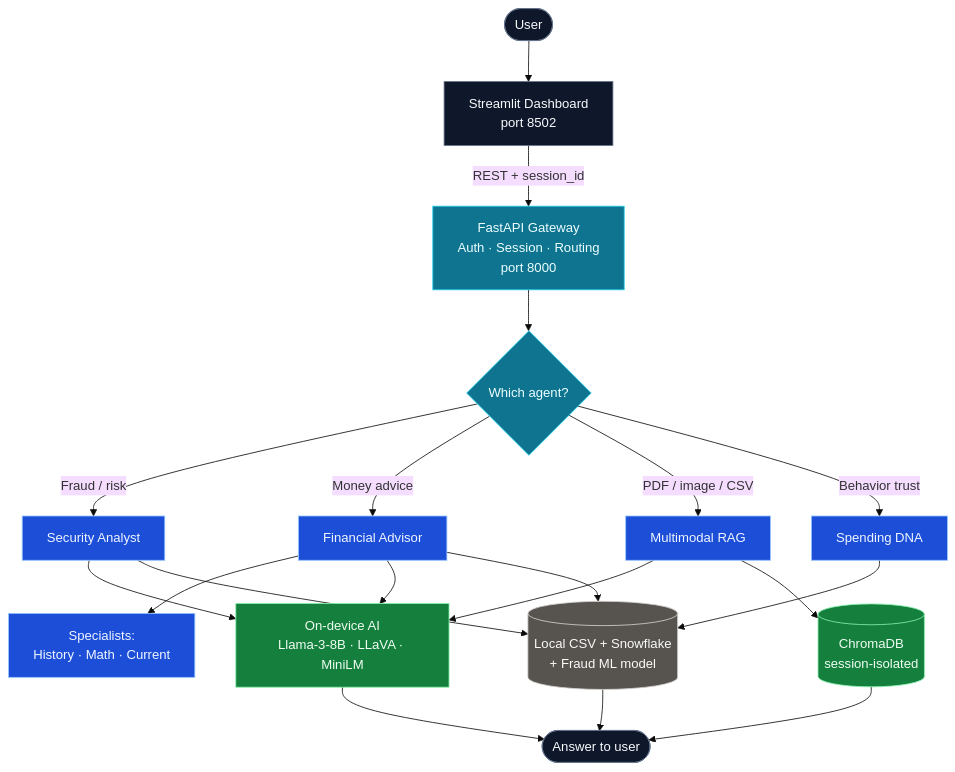
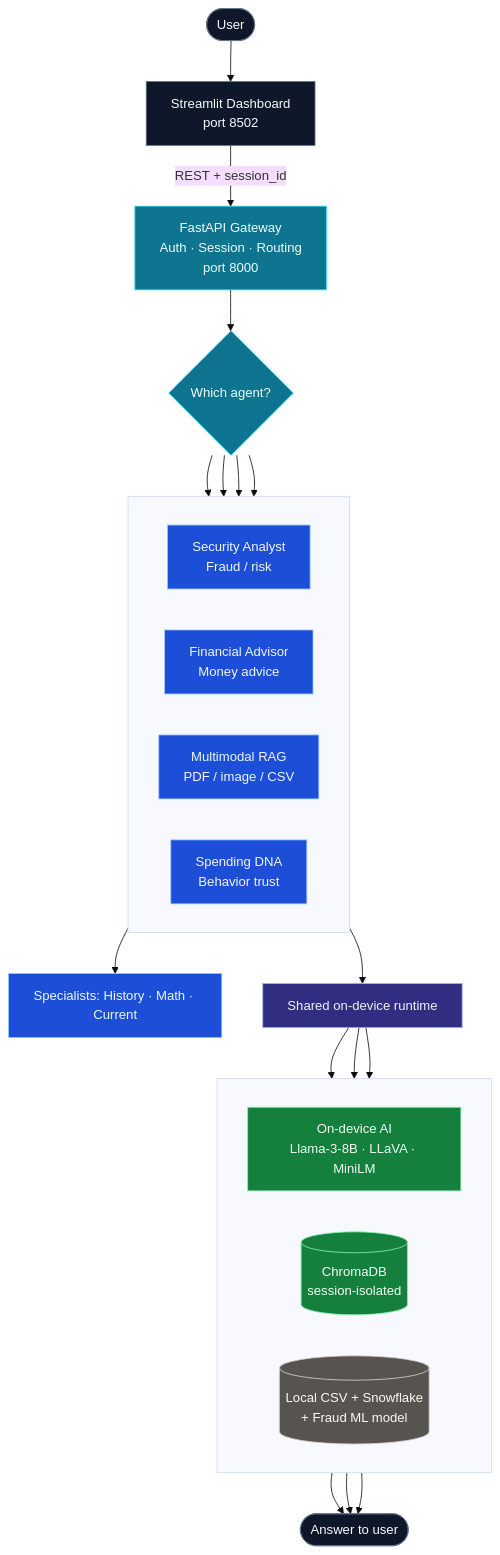
Before and after one commit to ladkrutarth/Hands-On-Week-4: the diagram in README.md, drawn with Mermaid (base theme).

````diff
--- a/README.md
+++ b/README.md
@@ -58,34 +58,52 @@
 ```mermaid
 flowchart TB
     U(["User"]) --> D["Streamlit Dashboard<br/>port 8502"]
     D -->|"REST + session_id"| G["FastAPI Gateway<br/>Auth · Session · Routing<br/>port 8000"]
-
     G --> R{"Which agent?"}
 
-    R -->|Fraud / risk| A1["Security Analyst"]
-    R -->|Money advice| A2["Financial Advisor"]
-    R -->|PDF / image / CSV| A3["Multimodal RAG"]
-    R -->|Behavior trust| A4["Spending DNA"]
+    subgraph AGENTS[" "]
+        direction LR
+        A1["Security Analyst<br/>Fraud / risk"]
+        A2["Financial Advisor<br/>Money advice"]
+        A3["Multimodal RAG<br/>PDF / image / CSV"]
+        A4["Spending DNA<br/>Behavior trust"]
+    end
 
-    A2 --> S["Specialists:<br/>History · Math · Current"]
+    R --> A1
+    R --> A2
+    R --> A3
+    R --> A4
 
-    A1 & A2 & A3 --> AI["On-device AI<br/>Llama-3-8B · LLaVA · MiniLM"]
-    A3 --> V[("ChromaDB<br/>session-isolated")]
-    A1 & A2 & A4 --> DATA[("Local CSV + Snowflake<br/>+ Fraud ML model")]
+    A2 --> S["Specialists: History · Math · Current"]
+
+    AGENTS --> RUN["Shared on-device runtime"]
+
+    subgraph RES[" "]
+        direction LR
+        AI["On-device AI<br/>Llama-3-8B · LLaVA · MiniLM"]
+        V[("ChromaDB<br/>session-isolated")]
+        DATA[("Local CSV + Snowflake<br/>+ Fraud ML model")]
+    end
+
+    RUN --> AI
+    RUN --> V
+    RUN --> DATA
 
     AI --> ANS(["Answer to user"])
     V --> ANS
     DATA --> ANS
 
     classDef ui fill:#0f172a,stroke:#64748b,color:#f8fafc
     classDef api fill:#0e7490,stroke:#22d3ee,color:#ecfeff
     classDef agent fill:#1d4ed8,stroke:#93c5fd,color:#eff6ff
     classDef ai fill:#15803d,stroke:#86efac,color:#f0fdf4
     classDef data fill:#57534e,stroke:#d6d3d1,color:#fafaf9
+    classDef hub fill:#312e81,stroke:#a5b4fc,color:#eef2ff
 
     class U,D,ANS ui
     class G,R api
     class A1,A2,A3,A4,S agent
     class AI,V ai
     class DATA data
+    class RUN hub
 ```
````
